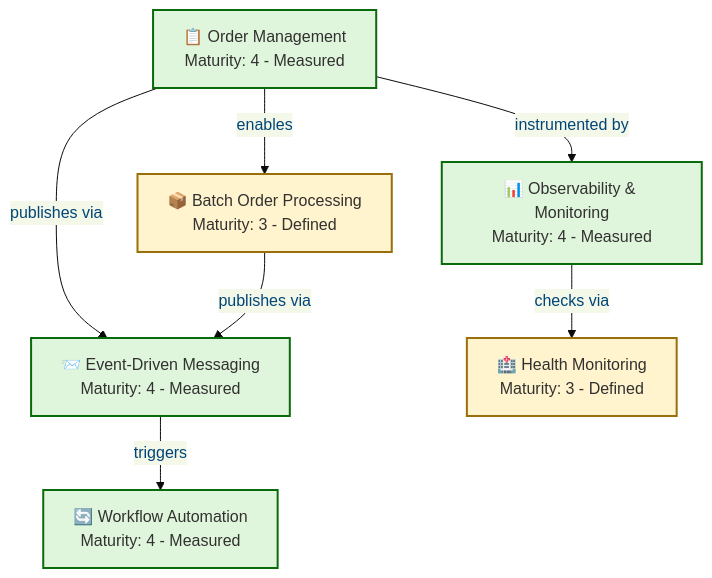
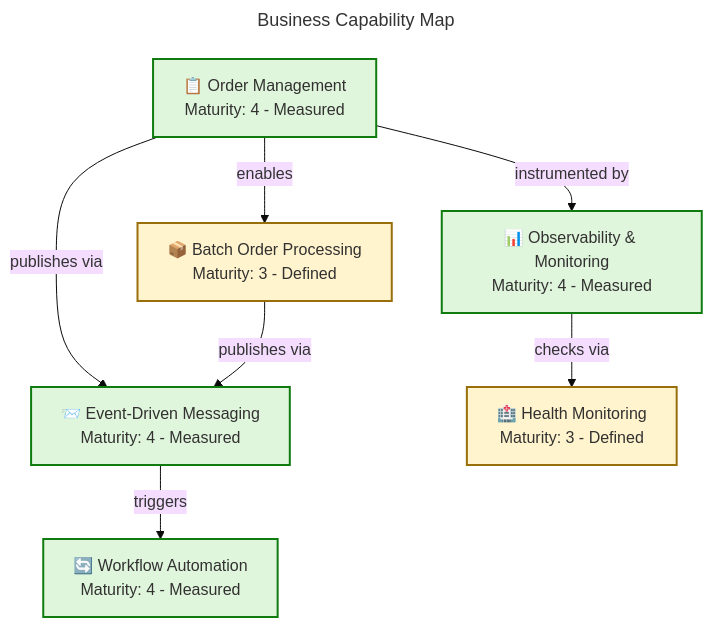
One commit to Evilazaro/Azure-LogicApps-Monitoring changed the second of 13 diagrams in docs/architecture/Business-Layer-Architecture.md. Above: the diagram before and after it, drawn with Mermaid. The commit also changed other lines of this file, not shown here.

Commit message:
docs: update mermaid diagrams for improved clarity and consistency in Business Architecture documentation

````diff
--- a/docs/architecture/Business-Layer-Architecture.md
+++ b/docs/architecture/Business-Layer-Architecture.md
@@ -143,41 +146,40 @@
 ```mermaid
 ---
+title: "Business Capability Map"
 config:
   theme: base
   themeVariables:
-    primaryColor: '#E8F4F8'
-    primaryBorderColor: '#0078D4'
-    primaryTextColor: '#004578'
+    fontSize: '16px'
 ---
 graph TB
     accTitle: Business Capability Map
     accDescr: Shows 6 core business capabilities with maturity levels and dependencies for the eShop Order Management platform
 
     %% ═══════════════════════════════════════════════════════════════
     %% AZURE / FLUENT ARCHITECTURE PATTERN v1.1
     %% Generated: 2026-02-18T10:30:00Z
     %% Layer: Business
     %% Components: 6
     %% Semantic classes: 3/5 used (mature, defined, measured)
     %% ═══════════════════════════════════════════════════════════════
 
     cap1["📋 Order Management<br/>Maturity: 4 - Measured"]
     cap2["📦 Batch Order Processing<br/>Maturity: 3 - Defined"]
     cap3["📨 Event-Driven Messaging<br/>Maturity: 4 - Measured"]
     cap4["🔄 Workflow Automation<br/>Maturity: 4 - Measured"]
     cap5["📊 Observability & Monitoring<br/>Maturity: 4 - Measured"]
     cap6["🏥 Health Monitoring<br/>Maturity: 3 - Defined"]
 
     cap1 -->|"enables"| cap2
     cap1 -->|"publishes via"| cap3
     cap3 -->|"triggers"| cap4
     cap1 -->|"instrumented by"| cap5
     cap5 -->|"checks via"| cap6
     cap2 -->|"publishes via"| cap3
 
-    classDef mature fill:#DFF6DD,stroke:#0B6A0B,stroke-width:2px,color:#323130
+    classDef mature fill:#DFF6DD,stroke:#107C10,stroke-width:2px,color:#323130
     classDef defined fill:#FFF4CE,stroke:#986F0B,stroke-width:2px,color:#323130
 
     class cap1,cap3,cap4,cap5 mature
     class cap2,cap6 defined
 ```
````
